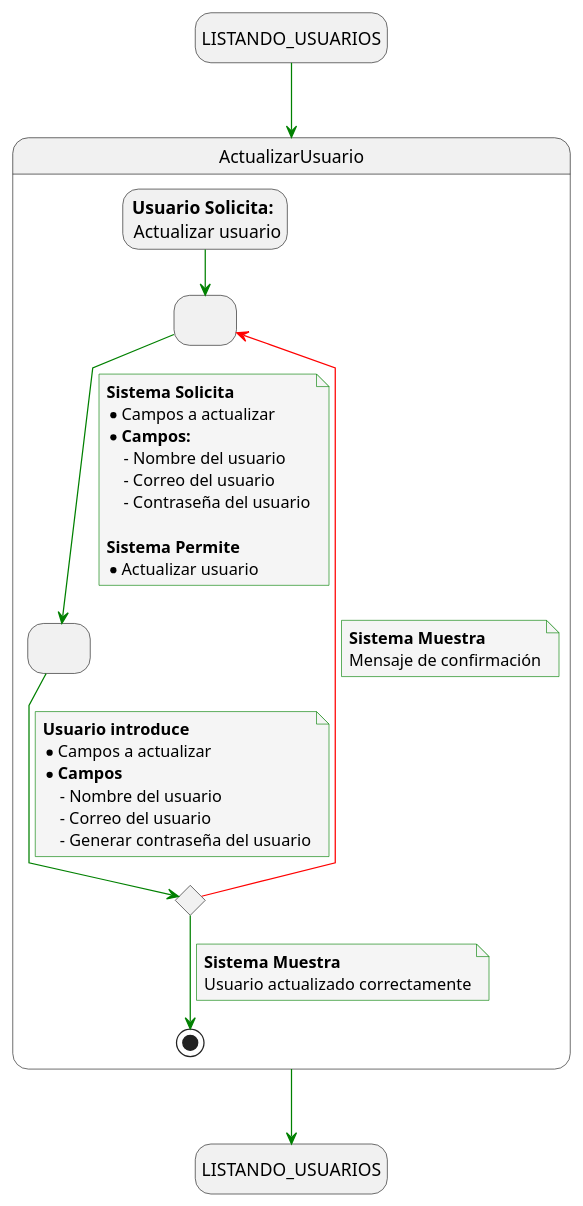
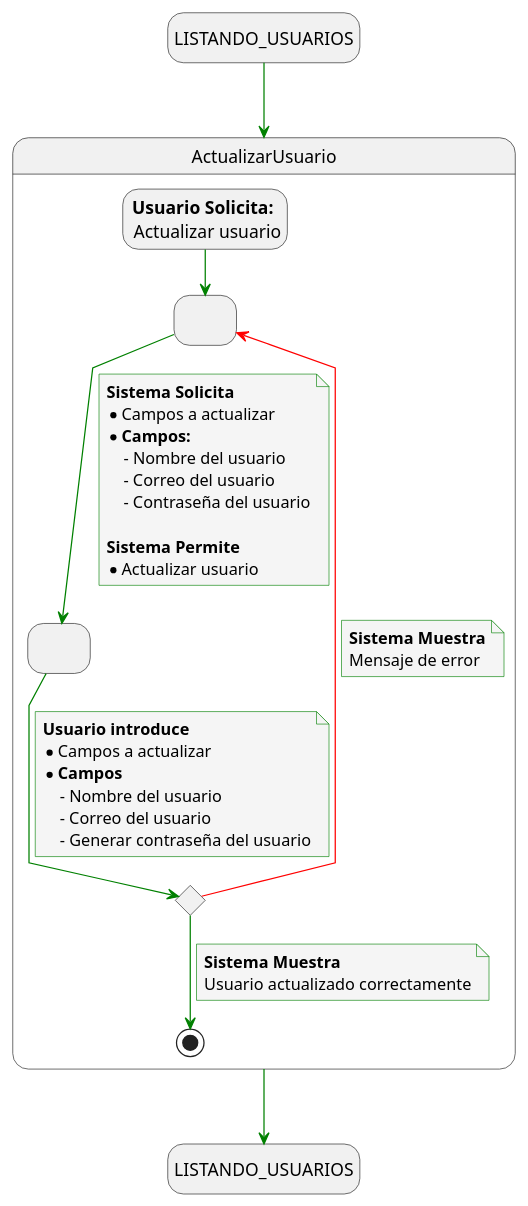
One commit to mmasias/24-25-IdSw1-SDR changed the diagram in docs/casosDeUso/detalladoCasosDeUso/detalladoUsuarios/detalladoActualizarUsuario.puml. Above: the diagram before and after it, drawn with PlantUML.

Commit message:
fix: update confirmation message to error message in actualizar usuario diagram

```diff
--- a/docs/casosDeUso/detalladoCasosDeUso/detalladoUsuarios/detalladoActualizarUsuario.puml
+++ b/docs/casosDeUso/detalladoCasosDeUso/detalladoUsuarios/detalladoActualizarUsuario.puml
@@ -1,62 +1,62 @@
 @startuml actualizar_usuario
 
 skinparam {
   NoteBackgroundColor #whiteSmoke
   ArrowColor #green
   NoteBorderColor #green
   linetype polyline
 }
 
 hide empty description
 
 state startState as "LISTANDO_USUARIOS"
 state endState as "LISTANDO_USUARIOS"
 
 startState --> ActualizarUsuario
 ActualizarUsuario --> endState
 
 state ActualizarUsuario {
     state solicitudActualizarUsuario as " "
     state envioActualizarUsuario as " "
     state revisionActualizarUsuario <<choice>>
     state usuarioSolicita as "<b>Usuario Solicita:</b> \n Actualizar usuario"
 
     usuarioSolicita --> solicitudActualizarUsuario
     solicitudActualizarUsuario --> envioActualizarUsuario
     note on link
         <b>Sistema Solicita</b>
         * Campos a actualizar
         * <b>Campos:</b>
             - Nombre del usuario
             - Correo del usuario
             - Contraseña del usuario
 
         <b>Sistema Permite</b>
         * Actualizar usuario
     end note
 
     envioActualizarUsuario --> revisionActualizarUsuario
     note on link
         <b>Usuario introduce</b>
         * Campos a actualizar
         * <b>Campos</b>
             - Nombre del usuario
             - Correo del usuario
             - Generar contraseña del usuario
     end note
 
     revisionActualizarUsuario -[#red]-> solicitudActualizarUsuario
     note on link
         <b>Sistema Muestra</b>
-        Mensaje de confirmación
+        Mensaje de error
     end note
 
    revisionActualizarUsuario --> [*]
     note on link
         <b>Sistema Muestra</b>
         Usuario actualizado correctamente
     end note
 
 }
 
 @enduml
```
